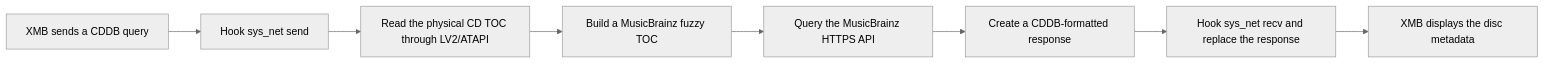
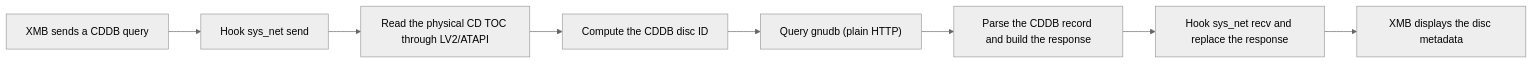
One commit to A1lEyesOnMe/PS3CDinfoPulgins changed the second of 2 diagrams in README.md. Above: the diagram before and after it, drawn with Mermaid (neutral theme). The commit also changed other lines of this file and 14 other files, not shown here.

First line of the commit message:
refactor: replace MusicBrainz/HTTPS with gnudb (pure HTTP CDDB)

````diff
--- a/README.md
+++ b/README.md
@@ -223,10 +225,10 @@
 ```mermaid
 flowchart LR
     A["XMB sends a CDDB query"] --> B["Hook sys_net send"]
     B --> C["Read the physical CD TOC through LV2/ATAPI"]
-    C --> D["Build a MusicBrainz fuzzy TOC"]
-    D --> E["Query the MusicBrainz HTTPS API"]
-    E --> F["Create a CDDB-formatted response"]
+    C --> D["Compute the CDDB disc ID"]
+    D --> E["Query gnudb (plain HTTP)"]
+    E --> F["Parse the CDDB record and build the response"]
     F --> G["Hook sys_net recv and replace the response"]
     G --> H["XMB displays the disc metadata"]
 ```
````
